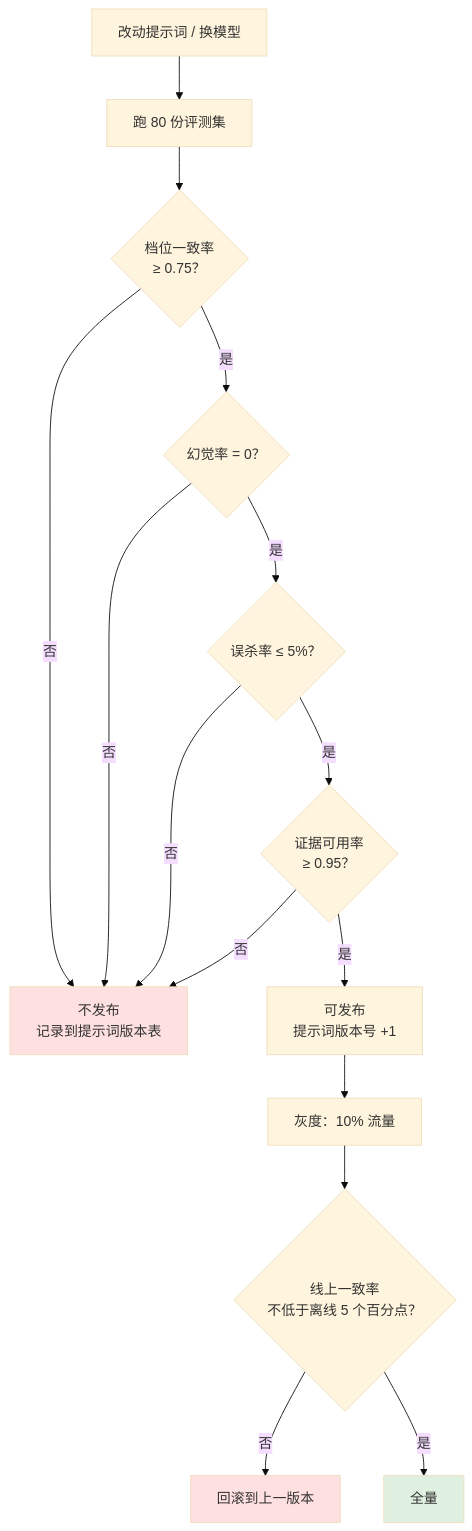
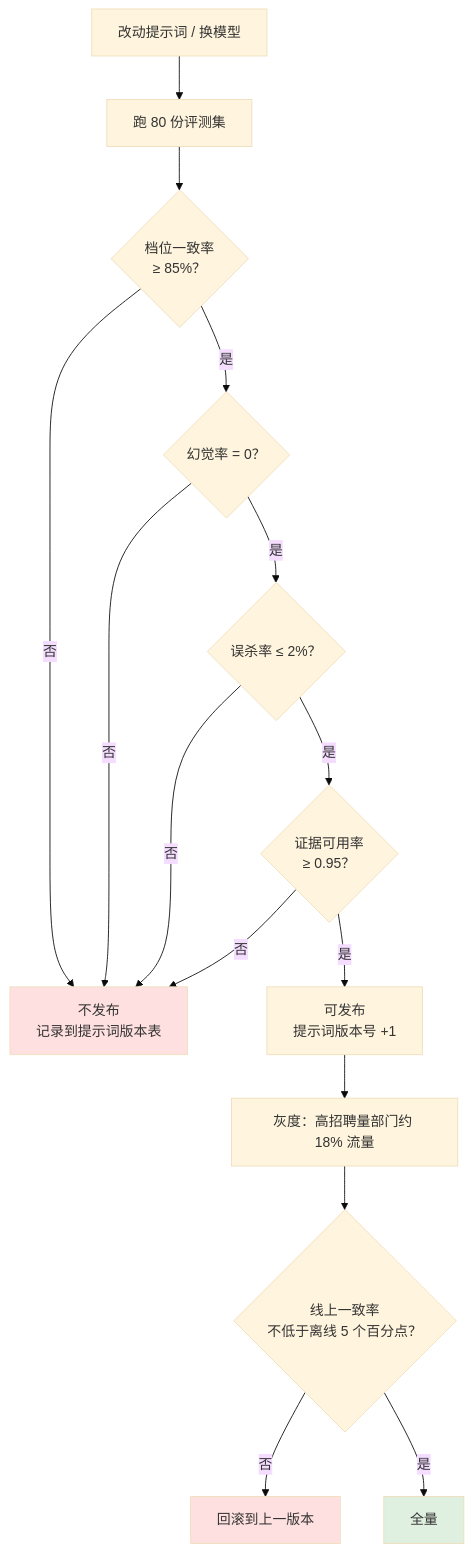
The third of 4 diagrams in docs/产品设计/06-AI能力与评测集.md (peanut987178110/ai-recruit-platform), drawn with Mermaid (base theme) before and after one commit. The commit also changed other lines of this file and 30 other files, not shown here.

````diff
--- a/docs/产品设计/06-AI能力与评测集.md
+++ b/docs/产品设计/06-AI能力与评测集.md
@@ -179,20 +181,20 @@
 ```mermaid
 flowchart TD
     A["改动提示词 / 换模型"] --> B["跑 80 份评测集"]
-    B --> C{"档位一致率<br/>≥ 0.75？"}
+    B --> C{"档位一致率<br/>≥ 85%？"}
     C -- 否 --> D["不发布<br/>记录到提示词版本表"]
     C -- 是 --> E{"幻觉率 = 0？"}
     E -- 否 --> D
-    E -- 是 --> F{"误杀率 ≤ 5%？"}
+    E -- 是 --> F{"误杀率 ≤ 2%？"}
     F -- 否 --> D
     F -- 是 --> G{"证据可用率<br/>≥ 0.95？"}
     G -- 否 --> D
     G -- 是 --> H["可发布<br/>提示词版本号 +1"]
-    H --> I["灰度：10% 流量"]
+    H --> I["灰度：高招聘量部门约 18% 流量"]
     I --> J{"线上一致率<br/>不低于离线 5 个百分点？"}
     J -- 否 --> K["回滚到上一版本"]
     J -- 是 --> L["全量"]
     style D fill:#ffe0e0
     style K fill:#ffe0e0
     style L fill:#e0f0e0
 ```
````
